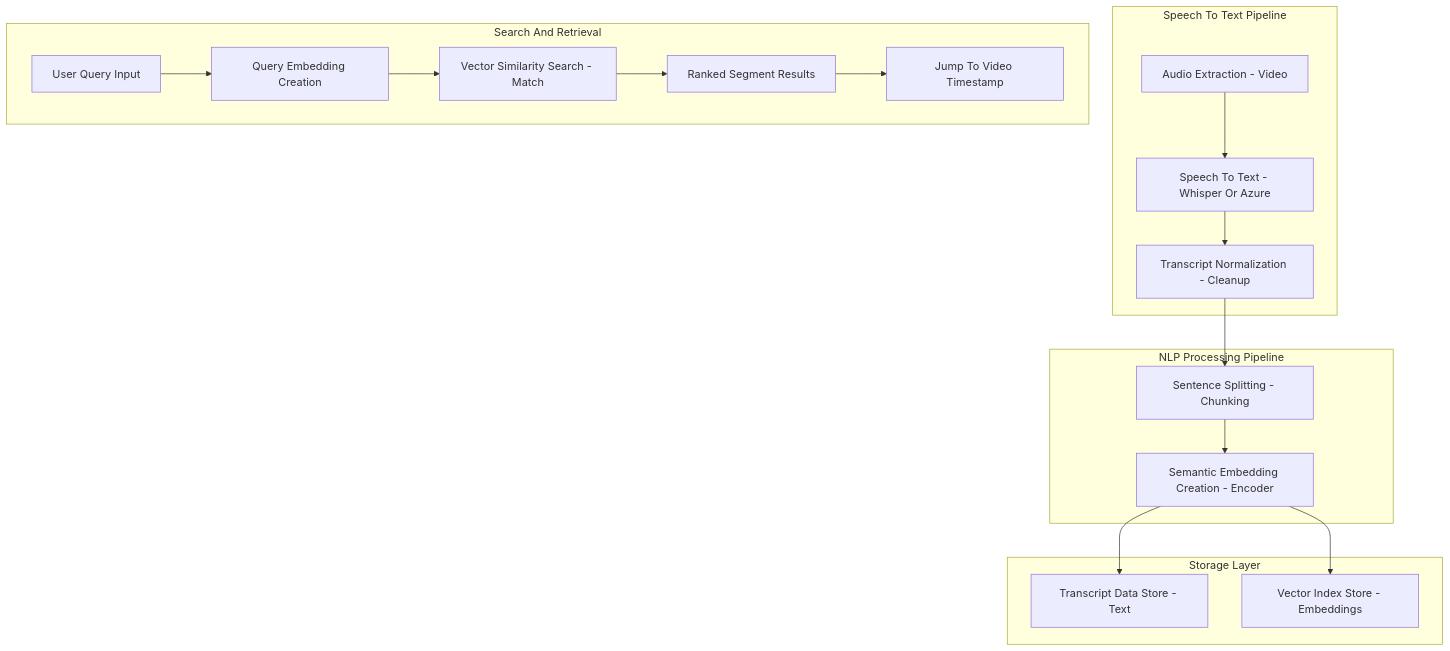
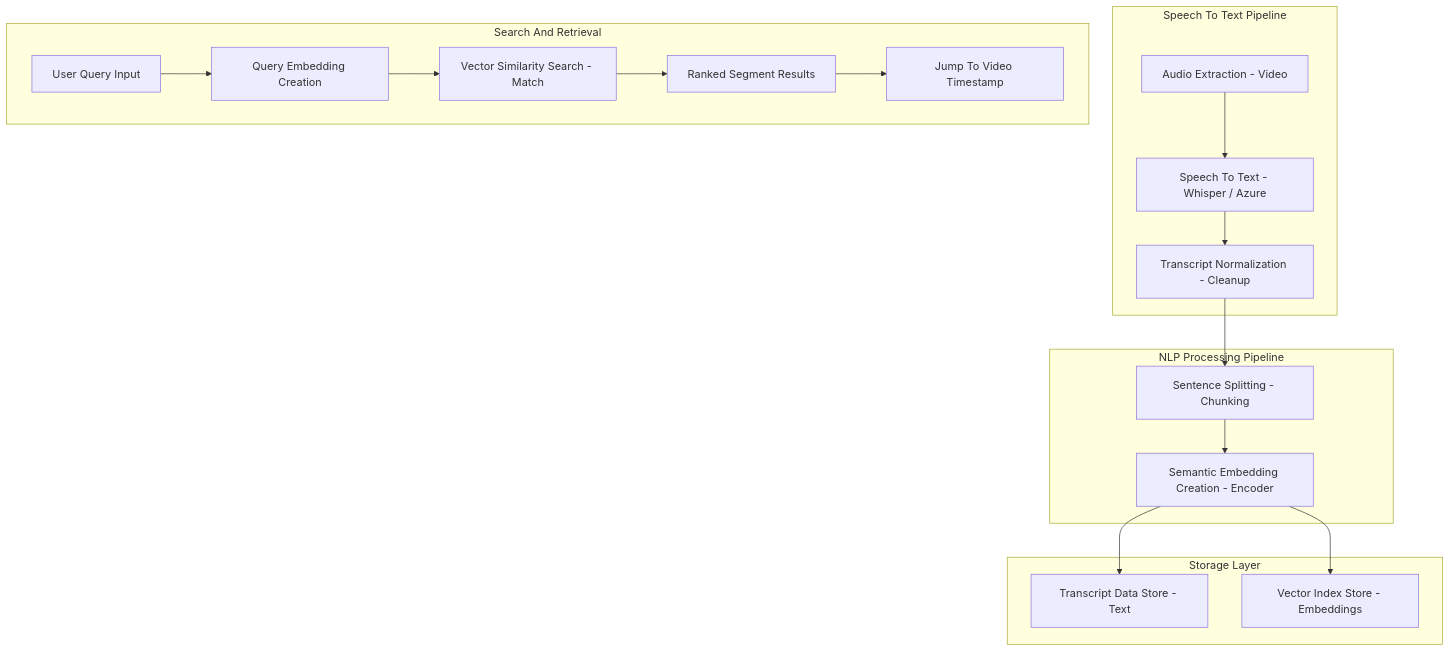
The diagram in diagrams/aegis-architecture.md (kishoredb/kishoredb-research), drawn with Mermaid before and after one commit.

````diff
--- a/diagrams/aegis-architecture.md
+++ b/diagrams/aegis-architecture.md
@@ -1,37 +1,37 @@
 ```mermaid
 flowchart TD
 
     %% AEGIS Speech to Text
     subgraph STT [Speech To Text Pipeline]
         A1[Audio Extraction - Video]
-        A2[Speech To Text - Whisper Or Azure]
+        A2[Speech To Text - Whisper / Azure]
         A3[Transcript Normalization - Cleanup]
     end
 
     %% AEGIS NLP
     subgraph NLP [NLP Processing Pipeline]
         A4[Sentence Splitting - Chunking]
         A5[Semantic Embedding Creation - Encoder]
     end
 
     %% AEGIS Storage
     subgraph STORAGE [Storage Layer]
         A6[Transcript Data Store - Text]
         A7[Vector Index Store - Embeddings]
     end
 
     %% AEGIS Search
     subgraph SEARCH [Search And Retrieval]
         Q1[User Query Input]
         Q2[Query Embedding Creation]
         Q3[Vector Similarity Search - Match]
         Q4[Ranked Segment Results]
         Q5[Jump To Video Timestamp]
     end
 
     A1 --> A2 --> A3 --> A4 --> A5
     A5 --> A6
     A5 --> A7
 
     Q1 --> Q2 --> Q3 --> Q4 --> Q5
 ```
````
